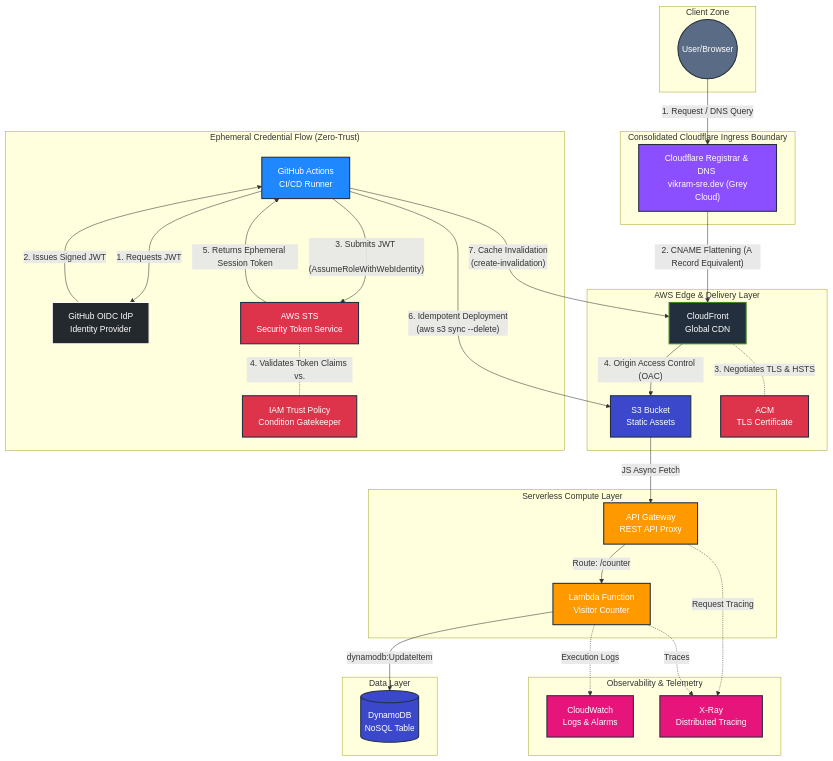
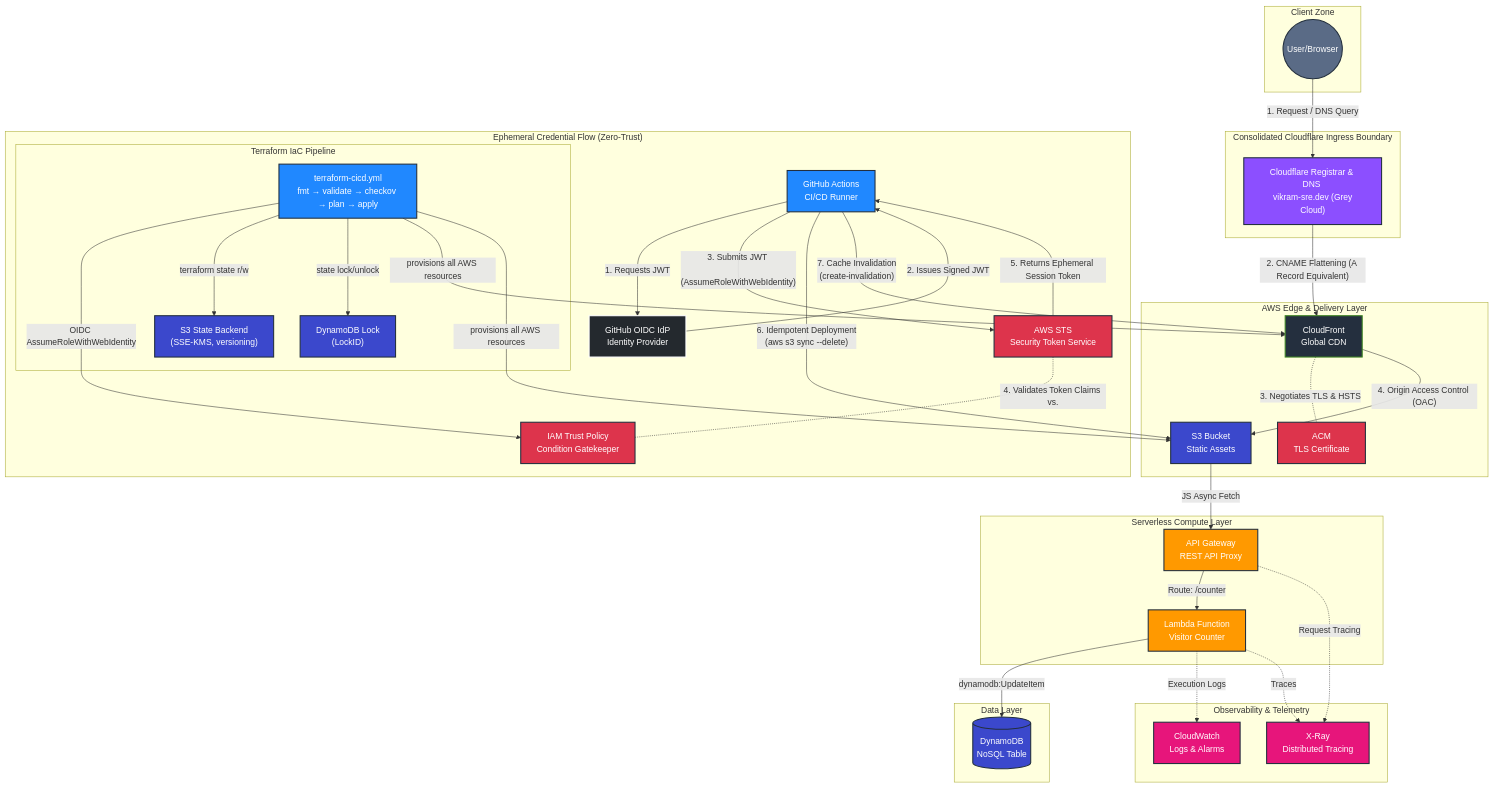
The diagram in docs/architecture/source/system-design.md (VikramBabariya/cloud-resume), drawn with Mermaid before and after one commit. The commit also changed other lines of this file and 1 other file, not shown here.

Commit message:
docs(architecture): Add Terraform IaC pipeline to system design
- Add Terraform IaC Pipeline subgraph with terraform-cicd.yml workflow, S3 state backend with SSE-KMS encryption and versioning, and DynamoDB state locking
- Update system-design.png export to reflect new Terraform IaC architecture components

````diff
--- a/docs/architecture/source/system-design.md
+++ b/docs/architecture/source/system-design.md
@@ -56,6 +56,12 @@
         GHIdP[GitHub OIDC IdP <br> Identity Provider]:::idp
         STS[AWS STS <br> Security Token Service]:::sec
         IAM[IAM Trust Policy <br> Condition Gatekeeper]:::sec
+
+        subgraph TF_IaC ["Terraform IaC Pipeline"]
+            TF_Pipeline["terraform-cicd.yml<br>fmt → validate → checkov → plan → apply"]:::cicd
+            TF_State["S3 State Backend<br>(SSE-KMS, versioning)"]:::db
+            TF_Lock["DynamoDB Lock<br>(LockID)"]:::db
+        end
     end
 
     subgraph Layer_Observability ["Observability & Telemetry"]
@@ -92,4 +98,11 @@
 
     GHRunner -- "6. Idempotent Deployment <br> (aws s3 sync --delete)" --> S3
     GHRunner -- 7. Cache Invalidation <br> (create-invalidation) --> CF
+
+    %% --- Terraform IaC Pipeline Flows ---
+    TF_Pipeline -->|"OIDC AssumeRoleWithWebIdentity"| IAM
+    TF_Pipeline -->|"terraform state r/w"| TF_State
+    TF_Pipeline -->|"state lock/unlock"| TF_Lock
+    TF_Pipeline -->|"provisions all AWS resources"| CF
+    TF_Pipeline -->|"provisions all AWS resources"| S3
 ```
````
